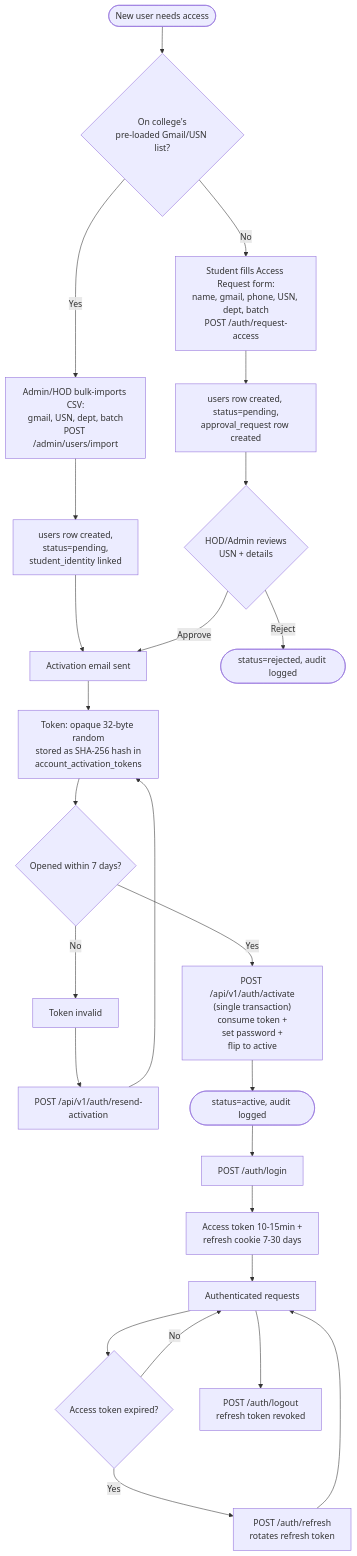
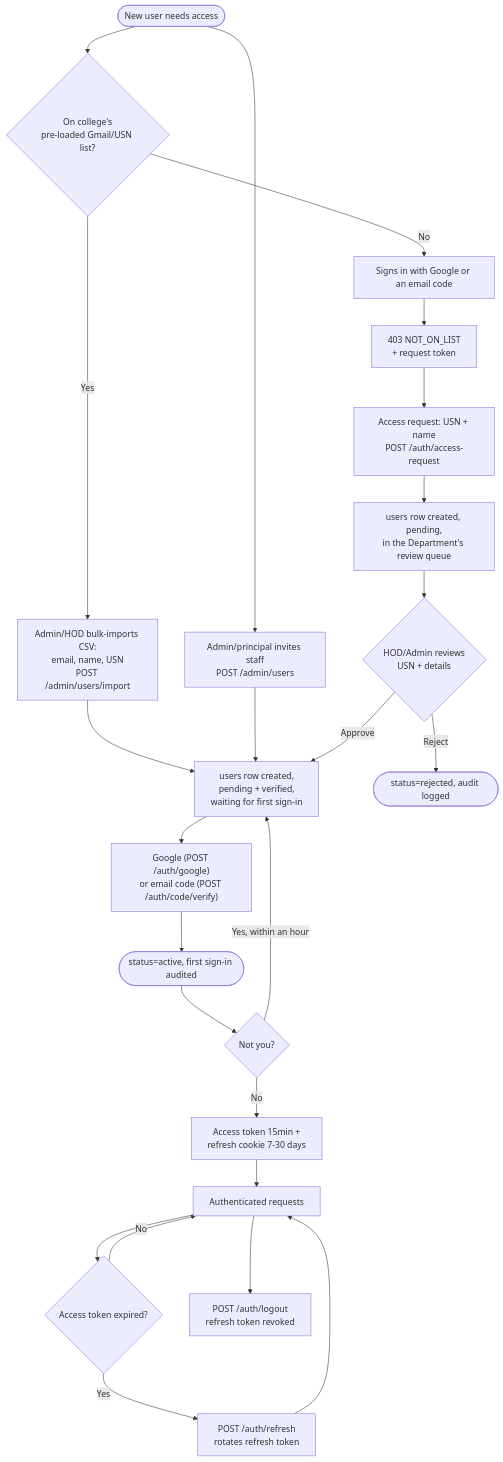
Before and after one commit to AbhishekBalija/Links: the second of 5 diagrams in docs/diagram.md, drawn with Mermaid. The commit also changed other lines of this file and 29 other files, not shown here.

First line of the commit message:
feat(server): let the class list and staff invites wait for first sign-in

````diff
--- a/docs/diagram.md
+++ b/docs/diagram.md
@@ -151,28 +150,28 @@
 ```mermaid
 flowchart TD
     Start([New user needs access]) --> OnList{On college's<br/>pre-loaded Gmail/USN list?}
 
-    OnList -->|Yes| BulkImport["Admin/HOD bulk-imports CSV:<br/>gmail, USN, dept, batch<br/>POST /admin/users/import"]
-    BulkImport --> CreatePending1["users row created,<br/>status=pending,<br/>student_identity linked"]
-    CreatePending1 --> SendInvite["Activation email sent"]
+    OnList -->|Yes| BulkImport["Admin/HOD bulk-imports CSV:<br/>email, name, USN<br/>POST /admin/users/import"]
+    BulkImport --> Waiting["users row created,<br/>pending + verified,<br/>waiting for first sign-in"]
+    Start --> Staff["Admin/principal invites staff<br/>POST /admin/users"] --> Waiting
 
-    OnList -->|No| SelfRequest["Student fills Access Request form:<br/>name, gmail, phone, USN, dept, batch<br/>POST /auth/request-access"]
-    SelfRequest --> CreatePending2["users row created, status=pending,<br/>approval_request row created"]
+    OnList -->|No| SignInFirst["Signs in with Google or an email code"]
+    SignInFirst --> NotOnList["403 NOT_ON_LIST<br/>+ request token"]
+    NotOnList --> SelfRequest["Access request: USN + name<br/>POST /auth/access-request"]
+    SelfRequest --> CreatePending2["users row created, pending,<br/>in the Department's review queue"]
     CreatePending2 --> HODReview{HOD/Admin reviews<br/>USN + details}
     HODReview -->|Reject| Rejected([status=rejected, audit logged])
-    HODReview -->|Approve| SendInvite
+    HODReview -->|Approve| Waiting
 
-    SendInvite --> Token["Token: opaque 32-byte random<br/>stored as SHA-256 hash in<br/>account_activation_tokens"]
-    Token --> Expiry{Opened within 7 days?}
-    Expiry -->|No| Expired[Token invalid] --> Resend["POST /api/v1/auth/resend-activation"] --> Token
-    Expiry -->|Yes| SetPassword["POST /api/v1/auth/activate<br/>(single transaction)<br/>consume token +<br/>set password +<br/>flip to active"]
-    SetPassword --> Active([status=active, audit logged])
-    Active --> Login["POST /auth/login"]
-    Login --> Tokens["Access token 10-15min +<br/>refresh cookie 7-30 days"]
+    Waiting --> FirstSignIn["Google (POST /auth/google)<br/>or email code (POST /auth/code/verify)"]
+    FirstSignIn --> Active([status=active, first sign-in audited])
+    Active --> NotMe{"Not you?"}
+    NotMe -->|Yes, within an hour| Waiting
+    NotMe -->|No| Tokens["Access token 15min +<br/>refresh cookie 7-30 days"]
     Tokens --> Use[Authenticated requests]
     Use --> RefreshCheck{Access token expired?}
     RefreshCheck -->|Yes| Refresh["POST /auth/refresh<br/>rotates refresh token"]
     Refresh --> Use
     RefreshCheck -->|No| Use
     Use --> Logout["POST /auth/logout<br/>refresh token revoked"]
 ```
````
